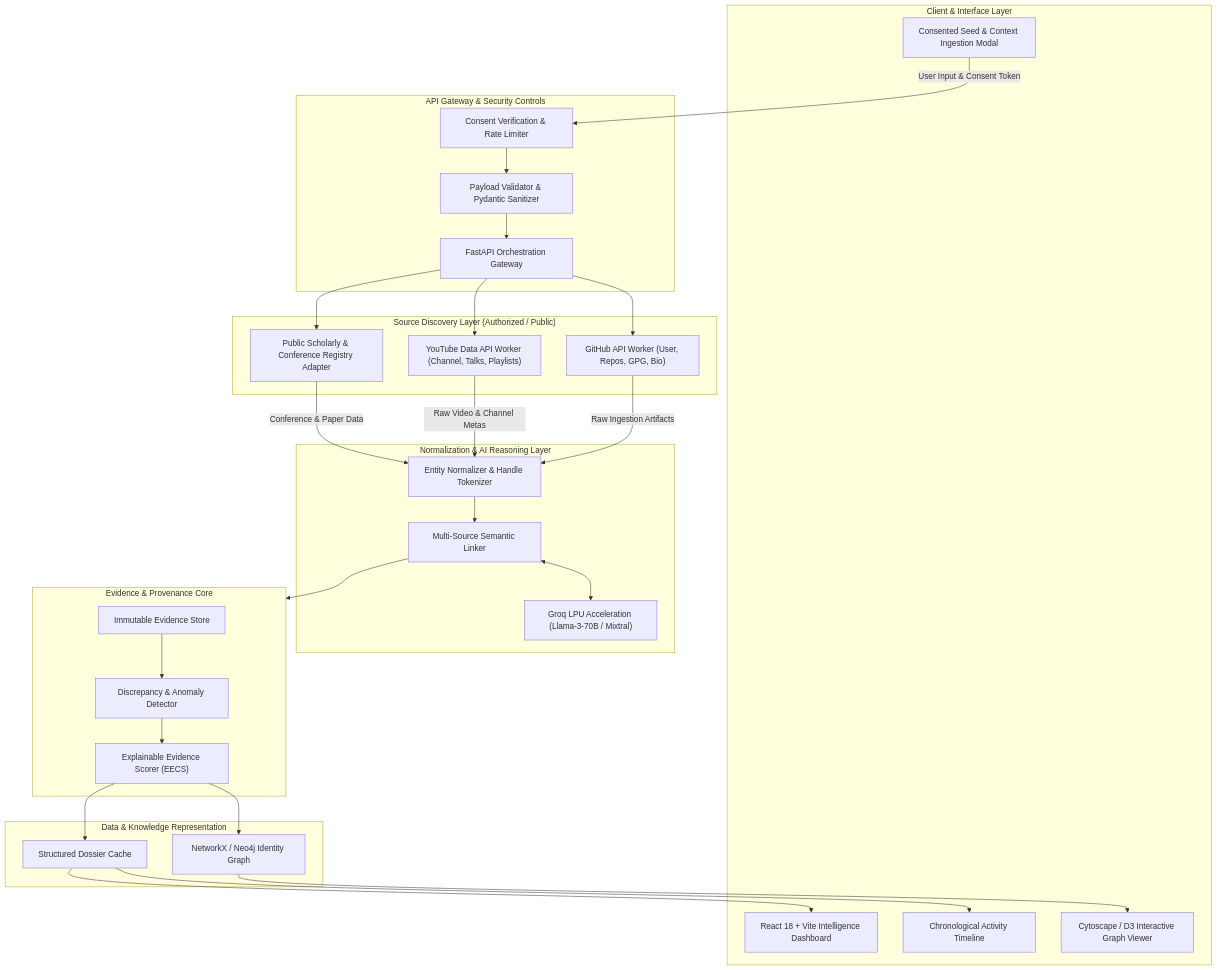
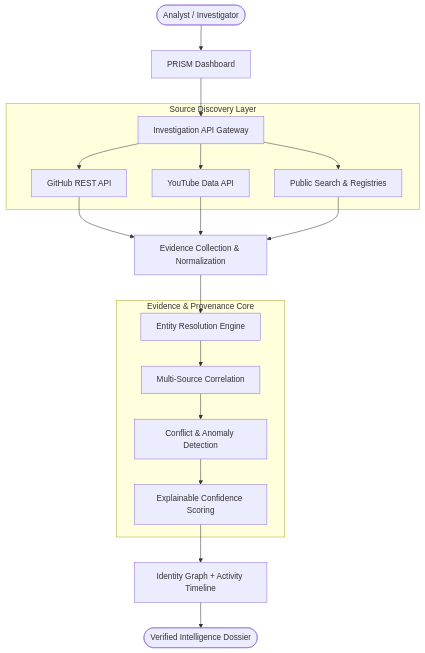
One commit to abdulkani007/PRISM changed the first of 2 diagrams in README.md. Above: the diagram before and after it, drawn with Mermaid. The commit also changed other lines of this file, not shown here.

````diff
--- a/README.md
+++ b/README.md
@@ -192,64 +44,23 @@
 ```mermaid
 flowchart TD
-    subgraph ClientLayer ["Client & Interface Layer"]
-        UI["React 18 + Vite Intelligence Dashboard"]
-        InputModal["Consented Seed & Context Ingestion Modal"]
-        GraphViewer["Cytoscape / D3 Interactive Graph Viewer"]
-        TimelineView["Chronological Activity Timeline"]
+    User([Analyst / Investigator]) --> Dashboard[PRISM Dashboard]
+    Dashboard --> API[Investigation API Gateway]
+    
+    subgraph Discovery ["Source Discovery Layer"]
+        API --> GH[GitHub REST API]
+        API --> YT[YouTube Data API]
+        API --> Search[Public Search & Registries]
     end
-
-    subgraph Gateway ["API Gateway & Security Controls"]
-        API["FastAPI Orchestration Gateway"]
-        AuthCheck["Consent Verification & Rate Limiter"]
-        InputSanitizer["Payload Validator & Pydantic Sanitizer"]
+    
+    GH & YT & Search --> Collection[Evidence Collection & Normalization]
+    Collection --> Resolution[Entity Resolution Engine]
+    
+    subgraph Engine ["Evidence & Provenance Core"]
+        Resolution --> Correlate[Multi-Source Correlation]
+        Correlate --> Conflict[Conflict & Anomaly Detection]
+        Conflict --> Score[Explainable Confidence Scoring]
     end
-
-    subgraph DiscoveryLayer ["Source Discovery Layer (Authorized / Public)"]
-        GH_Worker["GitHub API Worker (User, Repos, GPG, Bio)"]
-        YT_Worker["YouTube Data API Worker (Channel, Talks, Playlists)"]
-        Pub_Worker["Public Scholarly & Conference Registry Adapter"]
-    end
-
-    subgraph CorrelationEngine ["Normalization & AI Reasoning Layer"]
-        Normalizer["Entity Normalizer & Handle Tokenizer"]
-        GroqAI["Groq LPU Acceleration (Llama-3-70B / Mixtral)"]
-        Correlator["Multi-Source Semantic Linker"]
-    end
-
-    subgraph VerificationEngine ["Evidence & Provenance Core"]
-        EvidenceStore["Immutable Evidence Store"]
-        ConflictEngine["Discrepancy & Anomaly Detector"]
-        ConfidenceScorer["Explainable Evidence Scorer (EECS)"]
-    end
-
-    subgraph PersistenceGraph ["Data & Knowledge Representation"]
-        GraphDB["NetworkX / Neo4j Identity Graph"]
-        JSONStore["Structured Dossier Cache"]
-    end
-
-    InputModal -->|User Input & Consent Token| AuthCheck
-    AuthCheck --> InputSanitizer
-    InputSanitizer --> API
     
-    API --> GH_Worker
-    API --> YT_Worker
-    API --> Pub_Worker
-    
-    GH_Worker -->|Raw Ingestion Artifacts| Normalizer
-    YT_Worker -->|Raw Video & Channel Metas| Normalizer
-    Pub_Worker -->|Conference & Paper Data| Normalizer
-    
-    Normalizer --> Correlator
-    Correlator <--> GroqAI
-    
-    Correlator --> VerificationEngine
-    EvidenceStore --> ConflictEngine
-    ConflictEngine --> ConfidenceScorer
-    
-    ConfidenceScorer --> GraphDB
-    ConfidenceScorer --> JSONStore
-    
-    GraphDB --> GraphViewer
-    JSONStore --> TimelineView
-    JSONStore --> UI
+    Score --> Graph[Identity Graph + Activity Timeline]
+    Graph --> Report([Verified Intelligence Dossier])
 ```
````
